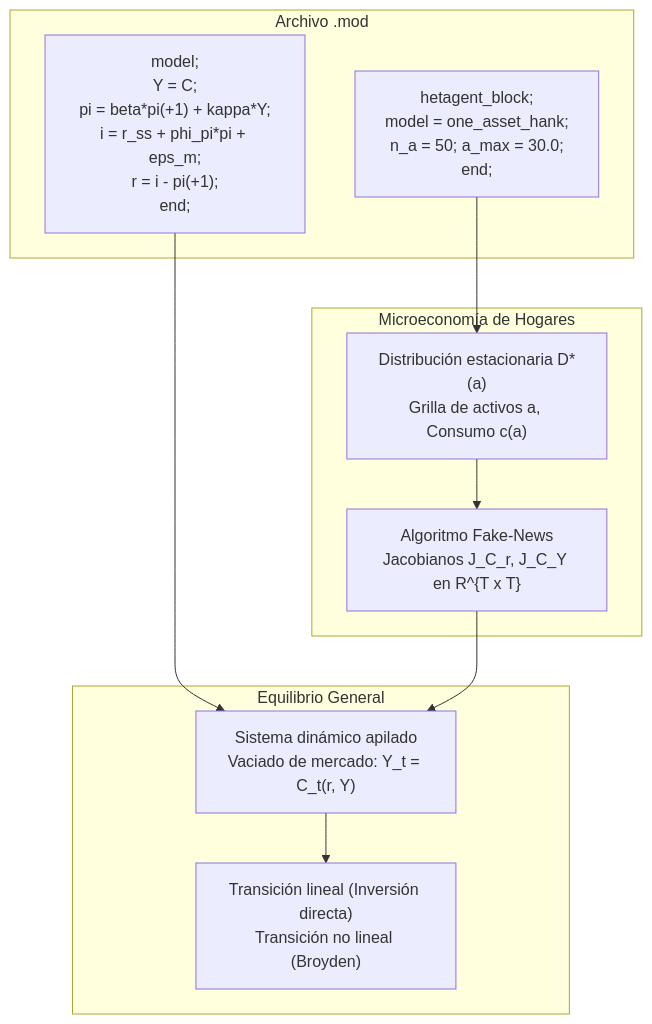
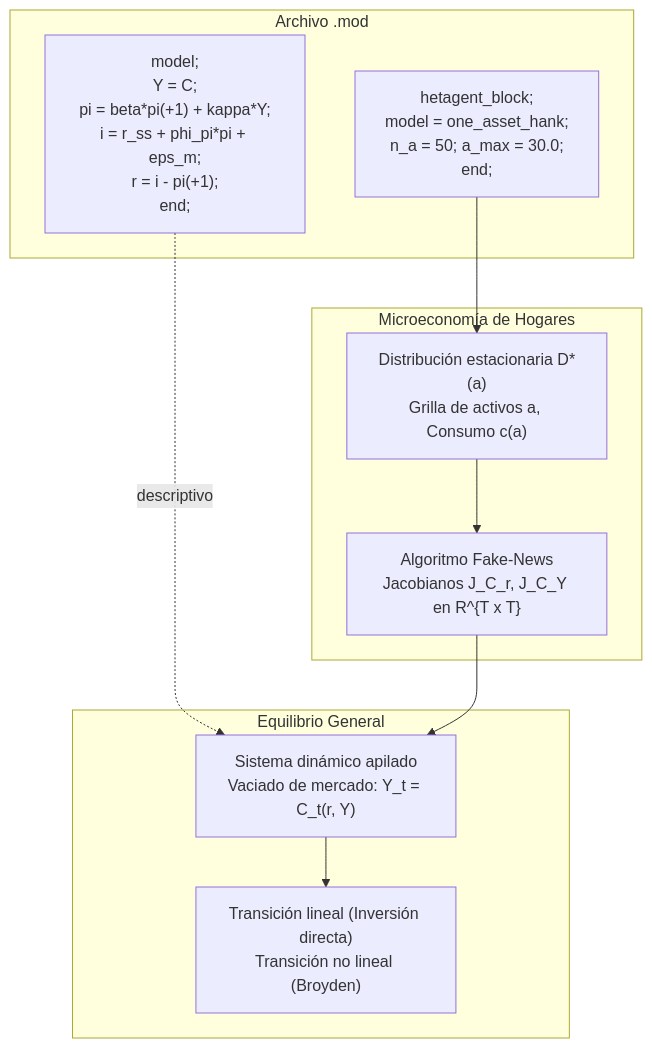
The third of 3 diagrams in docs/es/dsge_v3.md (Allisterh/puremacro), drawn with Mermaid before and after one commit. The commit also changed other lines of this file and 8 other files, not shown here.

````diff
--- a/docs/es/dsge_v3.md
+++ b/docs/es/dsge_v3.md
@@ -337,23 +337,23 @@
 ```mermaid
 flowchart TD
     subgraph Archivo .mod
         HB["hetagent_block;<br/>model = one_asset_hank;<br/>n_a = 50; a_max = 30.0;<br/>end;"]
         MB["model;<br/>Y = C;<br/>pi = beta*pi(+1) + kappa*Y;<br/>i = r_ss + phi_pi*pi + eps_m;<br/>r = i - pi(+1);<br/>end;"]
     end
 
     subgraph Microeconomía de Hogares
         SS["Distribución estacionaria D*(a)<br/>Grilla de activos a, Consumo c(a)"]
         FN["Algoritmo Fake-News<br/>Jacobianos J_C_r, J_C_Y en R^{T x T}"]
     end
 
     subgraph Equilibrio General
         GE["Sistema dinámico apilado<br/>Vaciado de mercado: Y_t = C_t(r, Y)"]
         SOL["Transición lineal (Inversión directa)<br/>Transición no lineal (Broyden)"]
     end
 
     HB --> SS
     SS --> FN
-    MB --> GE
+    MB -. descriptivo .-> GE
     FN --> GE
     GE --> SOL
 ```
````
